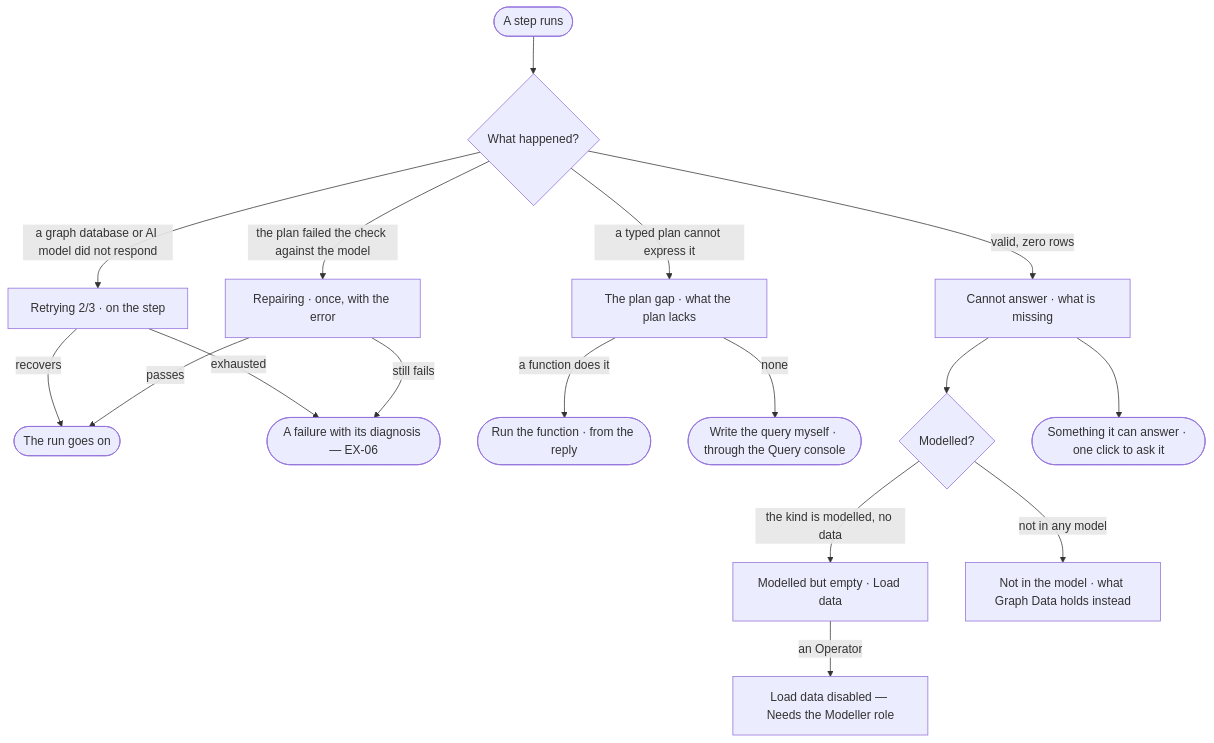
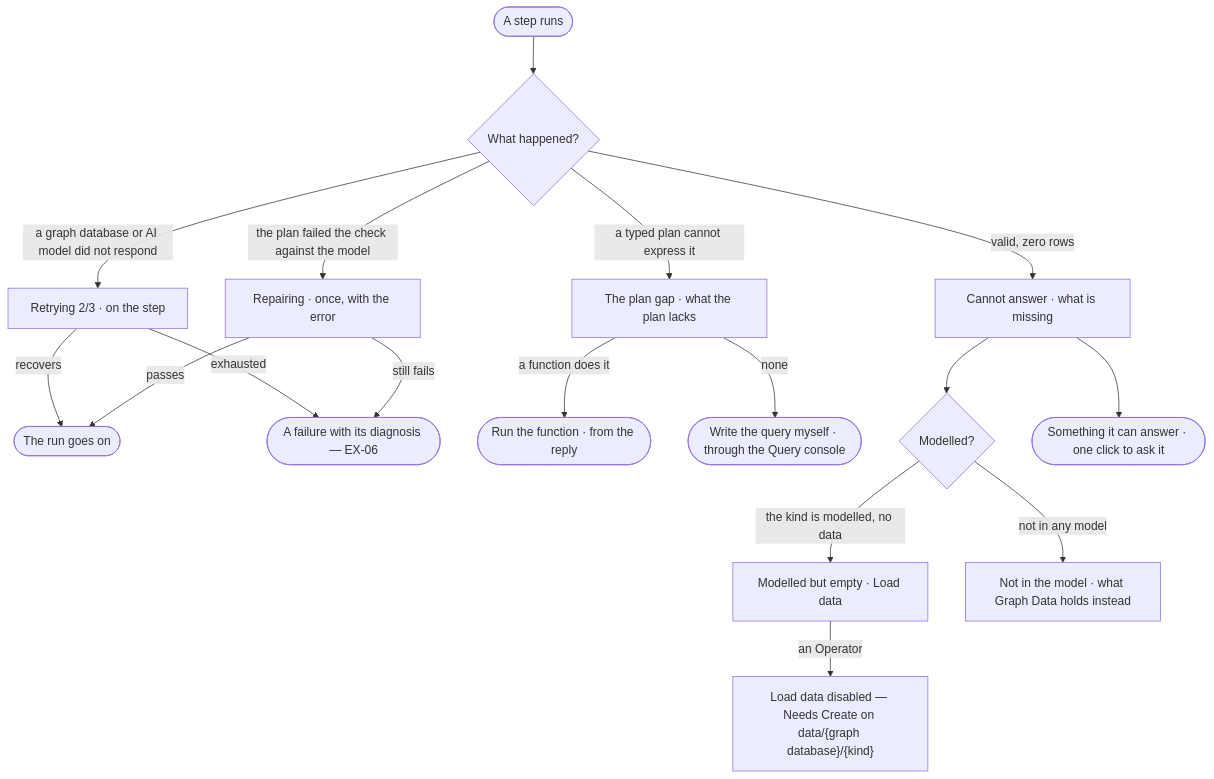
One commit to invana/invana changed the diagram in specs/capabilities/explore/features/EX-F05-when-it-cannot-answer-and-how-it-reasons/stories/EX-05-be-told-when-the-graph-cannot-answer/story.md. Above: the diagram before and after it, drawn with Mermaid. The commit also changed other lines of this file and 228 other files, not shown here.

````diff
--- a/specs/capabilities/explore/features/EX-F05-when-it-cannot-answer-and-how-it-reasons/stories/EX-05-be-told-when-the-graph-cannot-answer/story.md
+++ b/specs/capabilities/explore/features/EX-F05-when-it-cannot-answer-and-how-it-reasons/stories/EX-05-be-told-when-the-graph-cannot-answer/story.md
@@ -27,19 +27,19 @@
 ```mermaid
 flowchart TD
   a([A step runs]) --> b{What happened?}
   b -->|a graph database or AI model did not respond| r["Retrying 2/3 · on the step"]
   r -->|recovers| ok([The run goes on])
   r -->|exhausted| f(["A failure with its diagnosis — EX-06"])
   b -->|the plan failed the check against the model| rp["Repairing · once, with the error"]
   rp -->|passes| ok
   rp -->|still fails| f
   b -->|a typed plan cannot express it| gap["The plan gap · what the plan lacks"]
   gap -->|a function does it| fn(["Run the function · from the reply"])
   gap -->|none| wq(["Write the query myself · through the Query console"])
   b -->|valid, zero rows| ca["Cannot answer · what is missing"]
   ca --> m{Modelled?}
   m -->|the kind is modelled, no data| me["Modelled but empty · Load data"]
   m -->|not in any model| nm["Not in the model · what Graph Data holds instead"]
-  me -->|an Operator| na["Load data disabled — Needs the Modeller role"]
+  me -->|an Operator| na["Load data disabled — Needs Create on data/{graph database}/{kind}"]
   ca --> ask(["Something it can answer · one click to ask it"])
 ```
````
